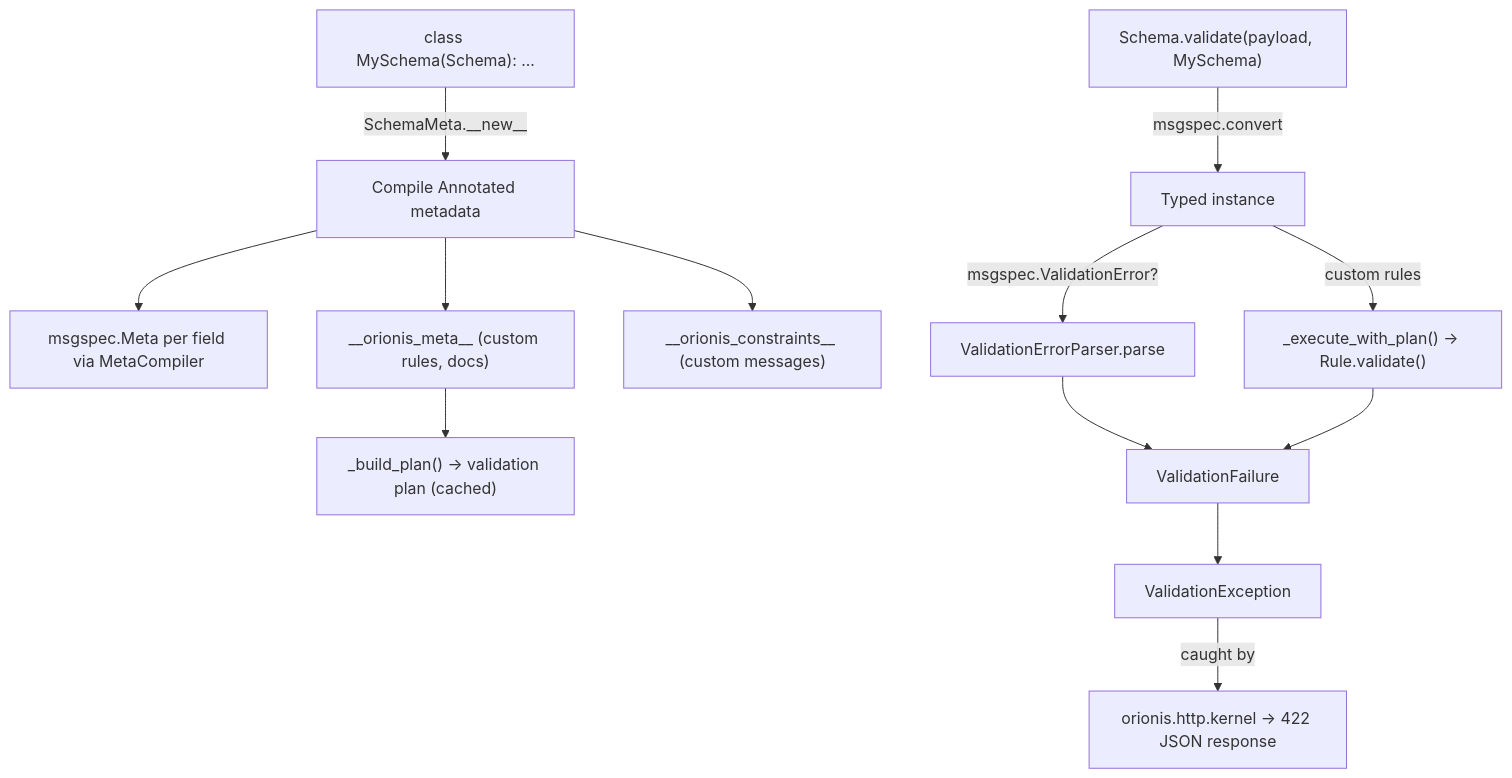
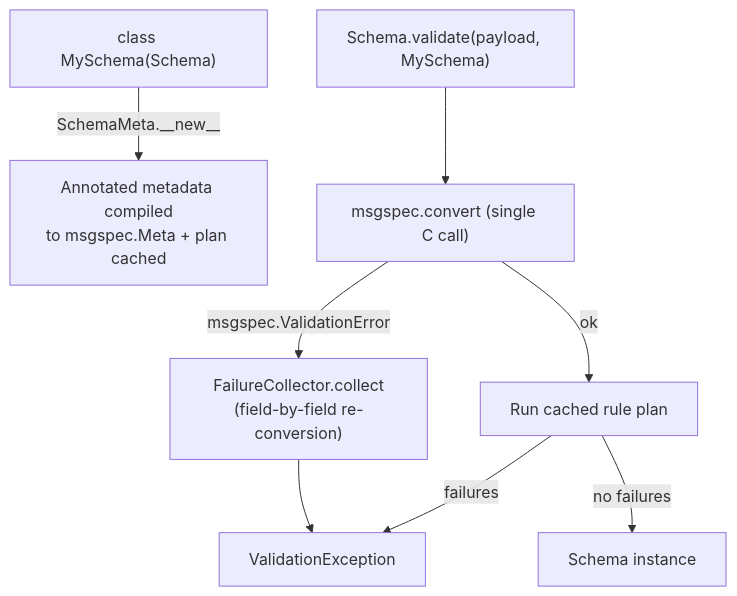
One commit to orionis-framework/framework changed the diagram in orionis/schemas/docs/README.md. Above: the diagram before and after it, drawn with Mermaid. The commit also changed other lines of this file and 2 other files, not shown here.

````diff
--- a/orionis/schemas/docs/README.md
+++ b/orionis/schemas/docs/README.md
@@ -100,15 +67,10 @@
 ```mermaid
-graph TD
-    A["class MySchema(Schema): ..."] -->|SchemaMeta.__new__| B[Compile Annotated metadata]
-    B --> C[msgspec.Meta per field via MetaCompiler]
-    B --> D["__orionis_meta__ (custom rules, docs)"]
-    B --> E["__orionis_constraints__ (custom messages)"]
-    D --> F["_build_plan() -> validation plan (cached)"]
-    G["Schema.validate(payload, MySchema)"] -->|msgspec.convert| H[Typed instance]
-    H -->|msgspec.ValidationError?| I[ValidationErrorParser.parse]
-    H -->|custom rules| J["_execute_with_plan() -> Rule.validate()"]
-    I --> K[ValidationFailure]
-    J --> K
-    K --> L[ValidationException]
-    L -->|caught by| M[orionis.http.kernel -> 422 JSON response]
+flowchart TD
+    A["class MySchema(Schema)"] -->|SchemaMeta.__new__| B["Annotated metadata compiled\nto msgspec.Meta + plan cached"]
+    C["Schema.validate(payload, MySchema)"] --> D["msgspec.convert (single C call)"]
+    D -->|ok| E["Run cached rule plan"]
+    E -->|failures| G["ValidationException"]
+    E -->|no failures| F["Schema instance"]
+    D -->|msgspec.ValidationError| H["FailureCollector.collect\n(field-by-field re-conversion)"]
+    H --> G
 ```
````
